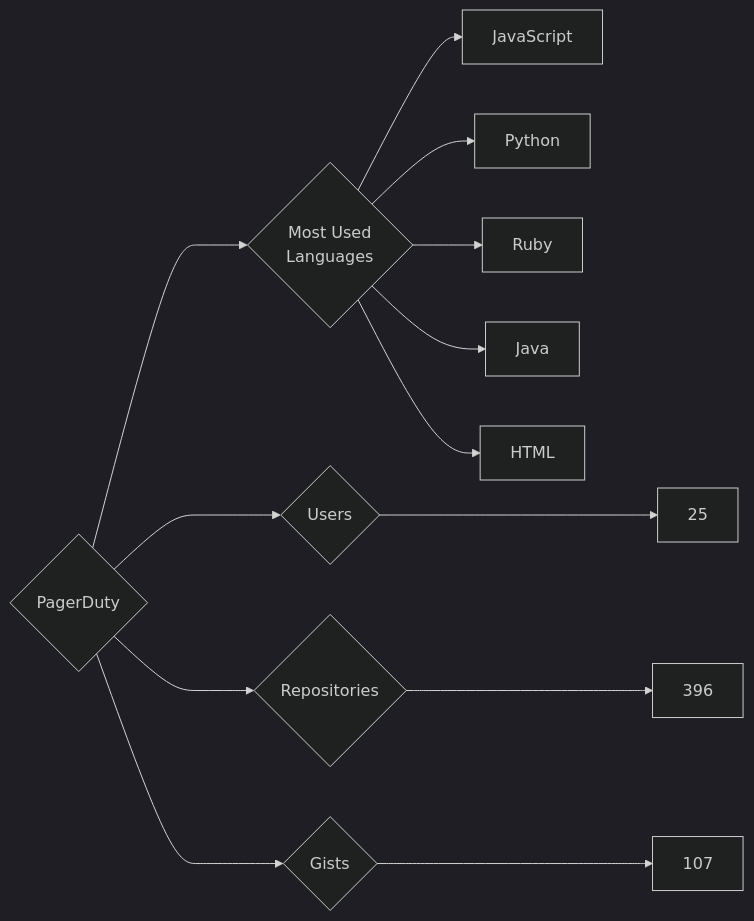
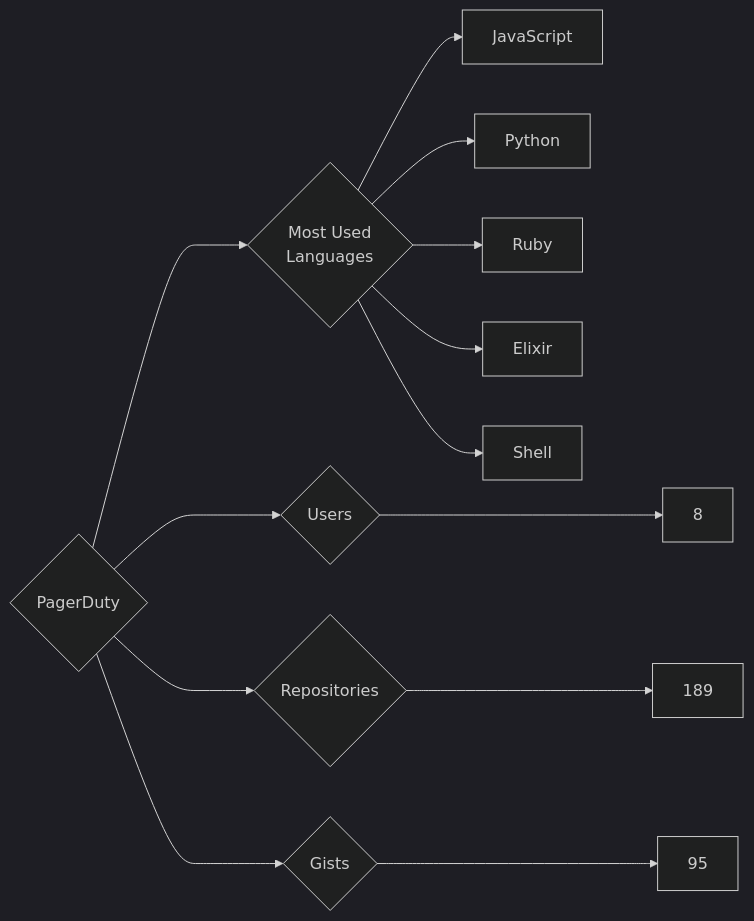
Before and after one commit to trickest/insiders: the diagram in targets/PagerDuty/README.md, drawn with Mermaid (dark theme). The commit also changed 939 other files, not shown here.

````diff
--- a/targets/PagerDuty/README.md
+++ b/targets/PagerDuty/README.md
@@ -3,13 +3,13 @@
 ```mermaid
 graph LR
 COMPANY_NAME{PagerDuty}
-COMPANY_NAME ---> U{Users} ---> UN[25]
-COMPANY_NAME ---> R{Repositories} ---> RN[396]
-COMPANY_NAME ---> G{Gists} ---> GN[107]
+COMPANY_NAME ---> U{Users} ---> UN[8]
+COMPANY_NAME ---> R{Repositories} ---> RN[189]
+COMPANY_NAME ---> G{Gists} ---> GN[95]
 COMPANY_NAME ---> ML{Most Used<br>Languages}
 ML --> JavaScript[JavaScript]
 ML --> Python[Python]
 ML --> Ruby[Ruby]
-ML --> Java[Java]
-ML --> HTML[HTML]
+ML --> Elixir[Elixir]
+ML --> Shell[Shell]
 ```
````
